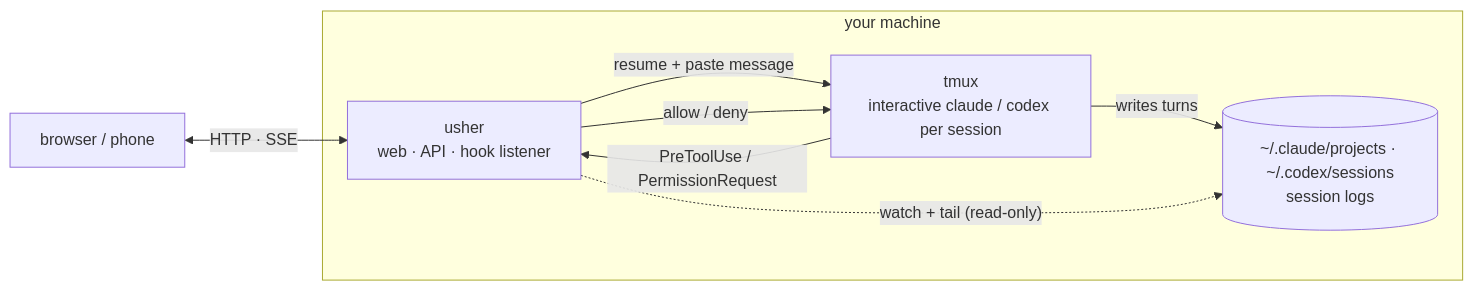
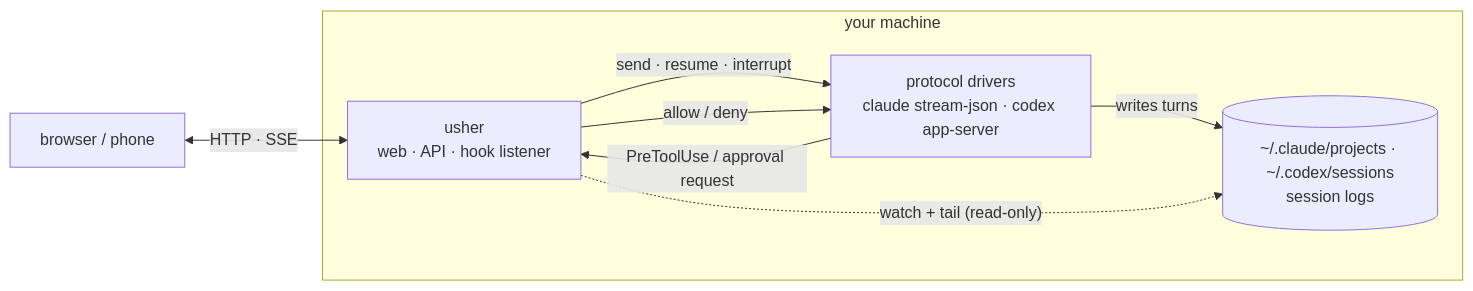
Before and after one commit to srstack/sr-code: the diagram in README.md, drawn with Mermaid. The commit also changed other lines of this file and 14 other files, not shown here.

Commit message:
Drive Claude sessions with stream-json

````diff
--- a/README.md
+++ b/README.md
@@ -141,15 +140,15 @@
 ```mermaid
 flowchart LR
   phone["browser / phone"]
   subgraph host["your machine"]
     usher["usher<br/>web · API · hook listener"]
-    tmux["tmux<br/>interactive claude / codex per session"]
+    drivers["protocol drivers<br/>claude stream-json · codex app-server"]
     files[("~/.claude/projects · ~/.codex/sessions<br/>session logs")]
   end
   phone <-->|"HTTP · SSE"| usher
-  usher -->|"resume + paste message"| tmux
-  tmux -->|"writes turns"| files
+  usher -->|"send · resume · interrupt"| drivers
+  drivers -->|"writes turns"| files
   usher -.->|"watch + tail (read-only)"| files
-  tmux -->|"PreToolUse / PermissionRequest"| usher
-  usher -->|"allow / deny"| tmux
+  drivers -->|"PreToolUse / approval request"| usher
+  usher -->|"allow / deny"| drivers
 ```
````
